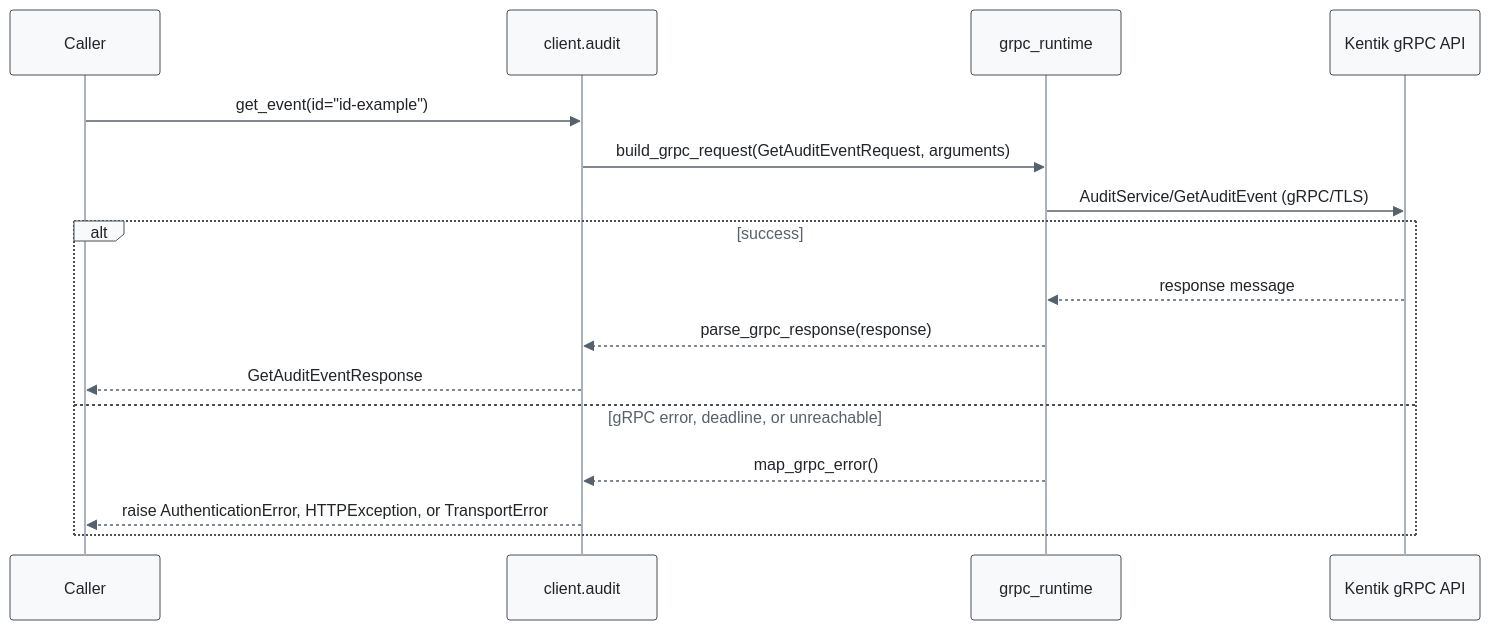
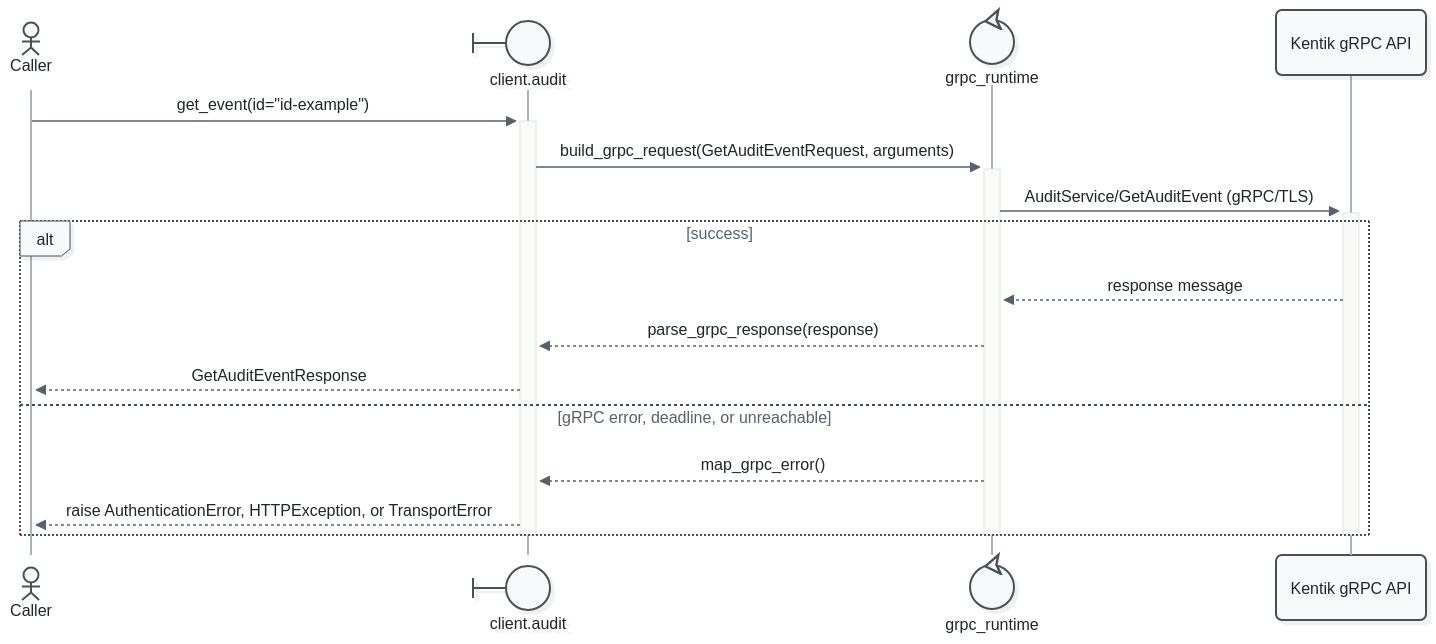
The fourth of 7 diagrams in docs/sphinx/services/audit.md (alexdearaujo/community_sdk_python), drawn with Mermaid before and after one commit. The commit also changed other lines of this file and 52 other files, not shown here.

First line of the commit message:
docs: Mermaid 12 sequence diagrams with participant types and path colors

````diff
--- a/docs/sphinx/services/audit.md
+++ b/docs/sphinx/services/audit.md
@@ -134,20 +141,23 @@
 ```mermaid
-%%{init: {"theme": "base", "fontFamily": "ui-monospace, SFMono-Regular, Menlo, monospace", "themeVariables": {"fontFamily": "ui-monospace, SFMono-Regular, Menlo, monospace", "primaryColor": "#f8f9fa", "primaryBorderColor": "#495057", "primaryTextColor": "#212529", "textColor": "#212529", "lineColor": "#77818c", "edgeLabelBackground": "#ffffff", "actorBkg": "#f8f9fa", "actorBorder": "#495057", "actorTextColor": "#212529", "actorLineColor": "#a9b3be", "signalColor": "#57616d", "signalTextColor": "#212529", "labelBoxBkgColor": "#f8f9fa", "labelBoxBorderColor": "#495057", "labelTextColor": "#212529", "loopTextColor": "#57616d", "noteBkgColor": "#fff9db", "noteBorderColor": "#f08c00", "noteTextColor": "#a35a00"}, "flowchart": {"curve": "step", "nodeSpacing": 30, "rankSpacing": 70, "wrappingWidth": 400}}}%%
+%%{init: {"theme": "redux", "look": "neo", "layout": "dagre", "fontFamily": "ui-monospace, SFMono-Regular, Menlo, monospace", "themeVariables": {"fontFamily": "ui-monospace, SFMono-Regular, Menlo, monospace", "primaryColor": "#f8f9fa", "primaryBorderColor": "#495057", "primaryTextColor": "#212529", "textColor": "#212529", "lineColor": "#77818c", "edgeLabelBackground": "#ffffff", "actorBkg": "#f8f9fa", "actorBorder": "#495057", "actorTextColor": "#212529", "actorLineColor": "#a9b3be", "signalColor": "#57616d", "signalTextColor": "#212529", "labelBoxBkgColor": "#f8f9fa", "labelBoxBorderColor": "#495057", "labelTextColor": "#212529", "loopTextColor": "#57616d", "noteBkgColor": "#fff9db", "noteBorderColor": "#f08c00", "noteTextColor": "#a35a00"}, "sequence": {"activationWidth": 16}, "flowchart": {"curve": "step", "nodeSpacing": 30, "rankSpacing": 70, "wrappingWidth": 400}}}%%
 sequenceDiagram
-    participant C as Caller
-    participant W as client.audit
-    participant R as grpc_runtime
+    actor C as Caller
+    participant W@{ "type": "boundary" } as client.audit
+    participant R@{ "type": "control" } as grpc_runtime
     participant API as Kentik gRPC API
 
-    C->>W: get_event(id="id-example")
-    W->>R: build_grpc_request(GetAuditEventRequest, arguments)
-    R->>API: AuditService/GetAuditEvent (gRPC/TLS)
+    C->>+W: get_event(id="id-example")
+    W->>+R: build_grpc_request(GetAuditEventRequest, arguments)
+    R->>+API: AuditService/GetAuditEvent (gRPC/TLS)
     alt success
         API-->>R: response message
         R-->>W: parse_grpc_response(response)
         W-->>C: GetAuditEventResponse
     else gRPC error, deadline, or unreachable
         R-->>W: map_grpc_error()
         W-->>C: raise AuthenticationError, HTTPException, or TransportError
     end
+    deactivate API
+    deactivate R
+    deactivate W
 ```
````
